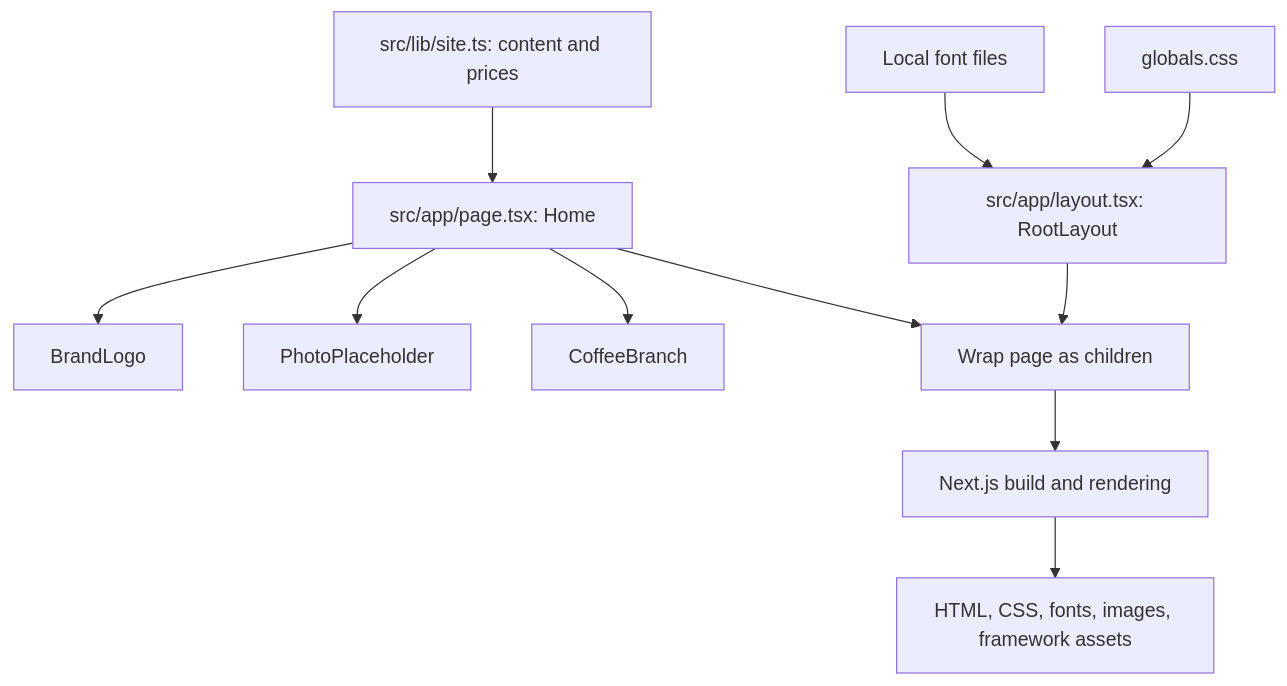
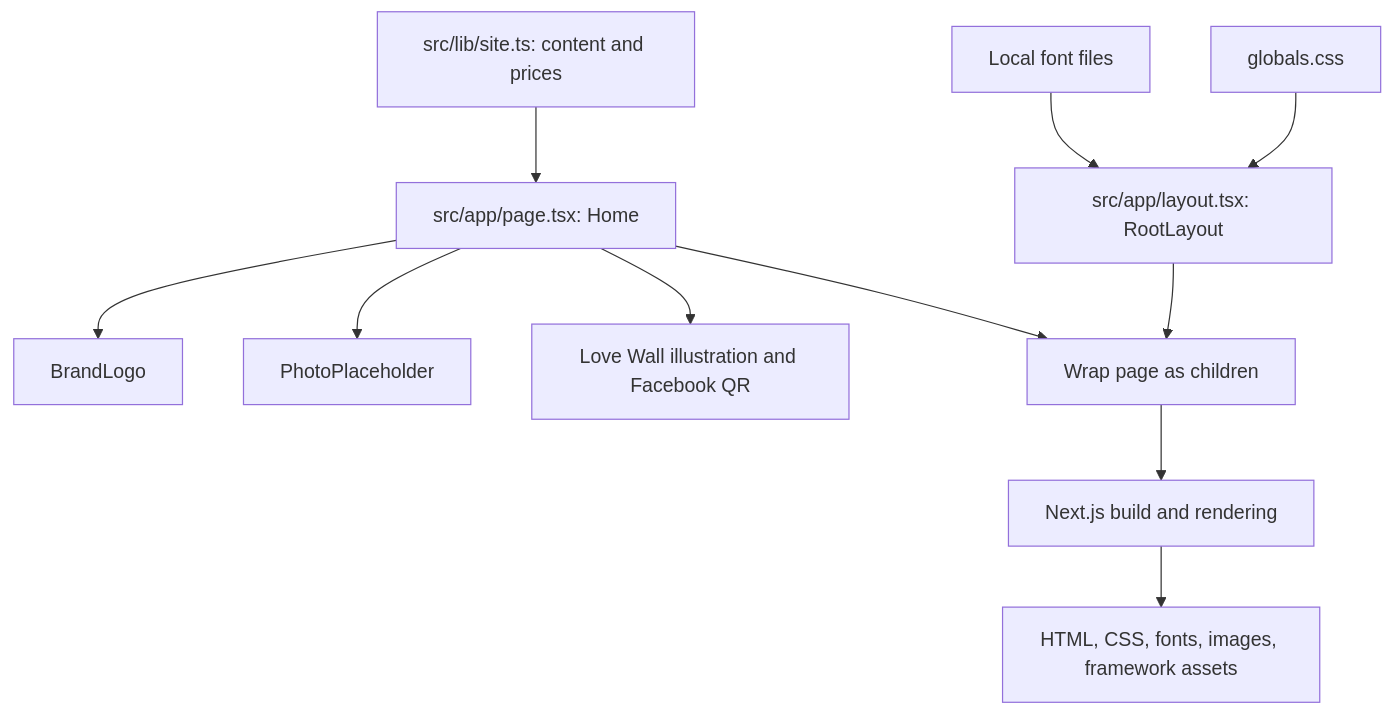
One commit to mjpinak019/tio-philo-website changed the diagram in docs/DEVELOPER_GUIDE.md. Above: the diagram before and after it, drawn with Mermaid. The commit also changed other lines of this file and 12 other files, not shown here.

Commit message:
Refresh logos, highlight Love Wall and packages, and add Facebook QR

````diff
--- a/docs/DEVELOPER_GUIDE.md
+++ b/docs/DEVELOPER_GUIDE.md
@@ -65,13 +65,13 @@
 ```mermaid
 flowchart TD
     Data["src/lib/site.ts: content and prices"] --> Page["src/app/page.tsx: Home"]
     Page --> Logo["BrandLogo"]
     Page --> Photos["PhotoPlaceholder"]
-    Page --> Branch["CoffeeBranch"]
+    Page --> LoveWall["Love Wall illustration and Facebook QR"]
     Layout["src/app/layout.tsx: RootLayout"] --> Wrapped["Wrap page as children"]
     Page --> Wrapped
     Fonts["Local font files"] --> Layout
     CSS["globals.css"] --> Layout
     Wrapped --> Build["Next.js build and rendering"]
     Build --> Browser["HTML, CSS, fonts, images, framework assets"]
 ```
````
